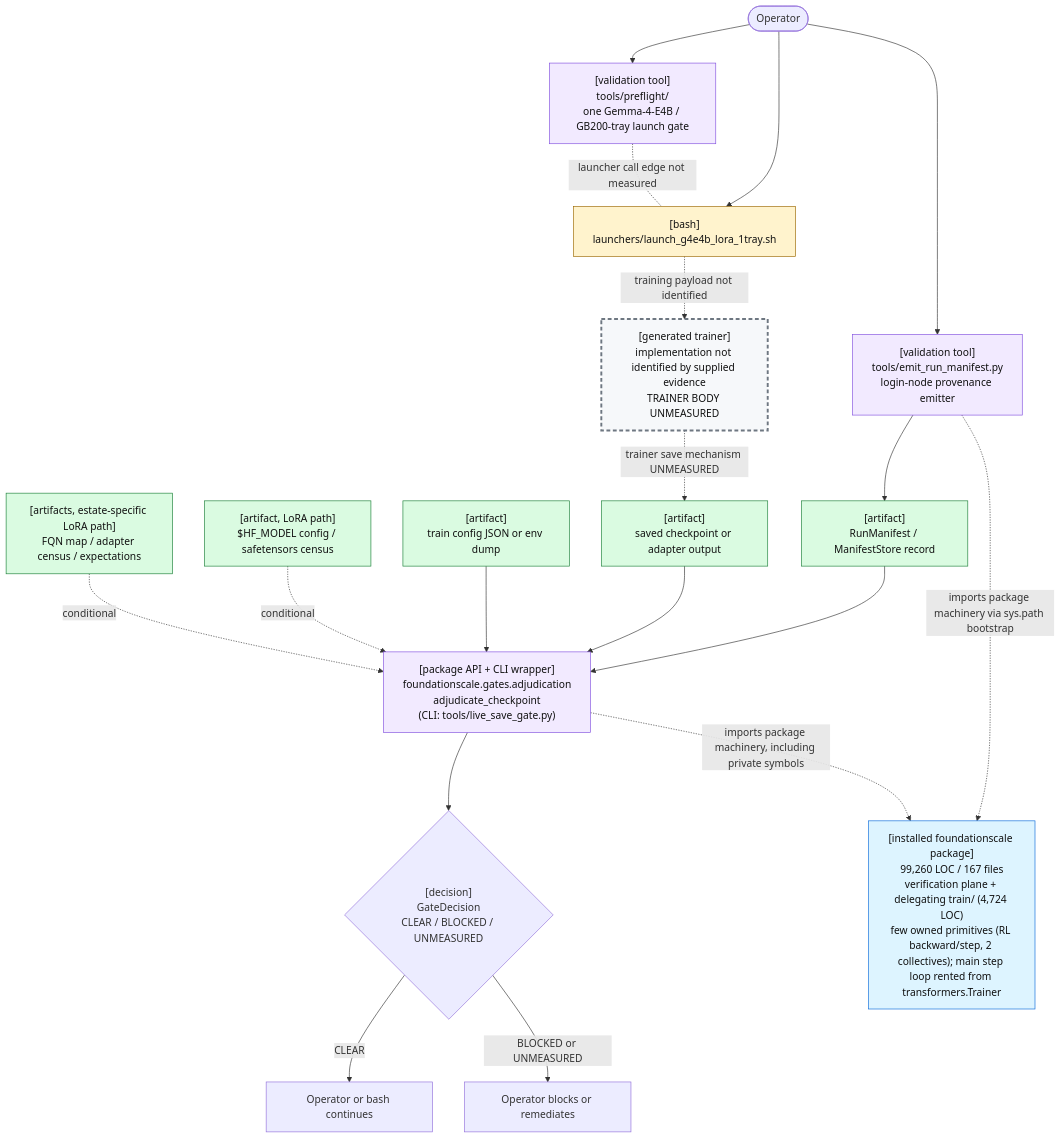
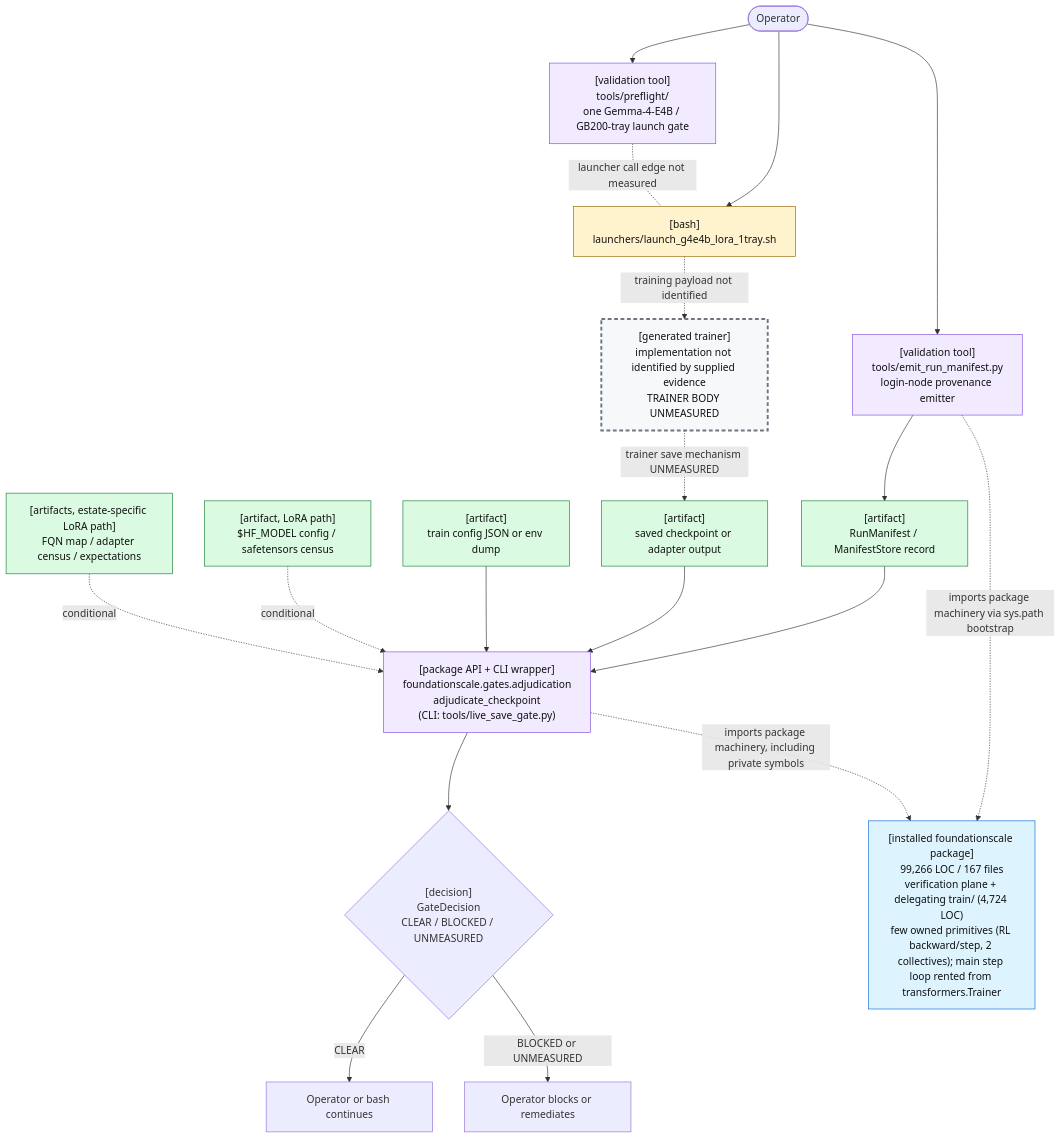
Before and after one commit to TranNhiem/FoundationScale: the first of 2 diagrams in docs/review/D2_current_architecture.md, drawn with Mermaid. The commit also changed other lines of this file and 10 other files, not shown here.

````diff
--- a/docs/review/D2_current_architecture.md
+++ b/docs/review/D2_current_architecture.md
@@ -25,59 +25,59 @@
 ```mermaid
 flowchart TB
   O(["Operator"])
 
   PF["[validation tool]<br/>tools/preflight/<br/>one Gemma-4-E4B / GB200-tray launch gate"]
   L["[bash]<br/>launchers/launch_g4e4b_lora_1tray.sh"]
 
   E["[validation tool]<br/>tools/emit_run_manifest.py<br/>login-node provenance emitter"]
   M["[artifact]<br/>RunManifest / ManifestStore record"]
 
   T["[generated trainer]<br/>implementation not identified by supplied evidence<br/>TRAINER BODY UNMEASURED"]
   C["[artifact]<br/>saved checkpoint or adapter output"]
 
   G["[package API + CLI wrapper]<br/>foundationscale.gates.adjudication<br/>adjudicate_checkpoint<br/>(CLI: tools/live_save_gate.py)"]
   CFG["[artifact]<br/>train config JSON or env dump"]
   BASE["[artifact, LoRA path]<br/>$HF_MODEL config / safetensors census"]
   CEN["[artifacts, estate-specific LoRA path]<br/>FQN map / adapter census / expectations"]
 
   D{"[decision]<br/>GateDecision<br/>CLEAR / BLOCKED / UNMEASURED"}
   OK["Operator or bash continues"]
   NO["Operator blocks or remediates"]
 
-  PKG["[installed foundationscale package]<br/>99,260 LOC / 167 files<br/>verification plane + delegating train/ (4,724 LOC)<br/>few owned primitives (RL backward/step, 2 collectives); main step loop rented from transformers.Trainer"]
+  PKG["[installed foundationscale package]<br/>99,266 LOC / 167 files<br/>verification plane + delegating train/ (4,724 LOC)<br/>few owned primitives (RL backward/step, 2 collectives); main step loop rented from transformers.Trainer"]
 
   O --> PF
   O --> L
   PF -. "launcher call edge not measured" .- L
 
   O --> E
   E --> M
 
   L -. "training payload not identified" .-> T
   T -. "trainer save mechanism UNMEASURED" .-> C
 
   M --> G
   C --> G
   CFG --> G
   BASE -. "conditional" .-> G
   CEN -. "conditional" .-> G
 
   E -. "imports package machinery via sys.path bootstrap" .-> PKG
   G -. "imports package machinery, including private symbols" .-> PKG
 
   G --> D
   D -->|"CLEAR"| OK
   D -->|"BLOCKED or UNMEASURED"| NO
 
   classDef bash fill:#fff3cd,stroke:#9a6700,color:#111;
   classDef tool fill:#f2eaff,stroke:#8250df,color:#111;
   classDef artifact fill:#dafbe1,stroke:#1a7f37,color:#111;
   classDef gap fill:#f6f8fa,stroke:#6e7781,stroke-width:3px,stroke-dasharray: 6 4,color:#111;
   classDef pkg fill:#ddf4ff,stroke:#0969da,color:#111;
 
   class L bash;
   class PF,E,G tool;
   class M,C,CFG,BASE,CEN artifact;
   class T gap;
   class PKG pkg;
 ```
````
